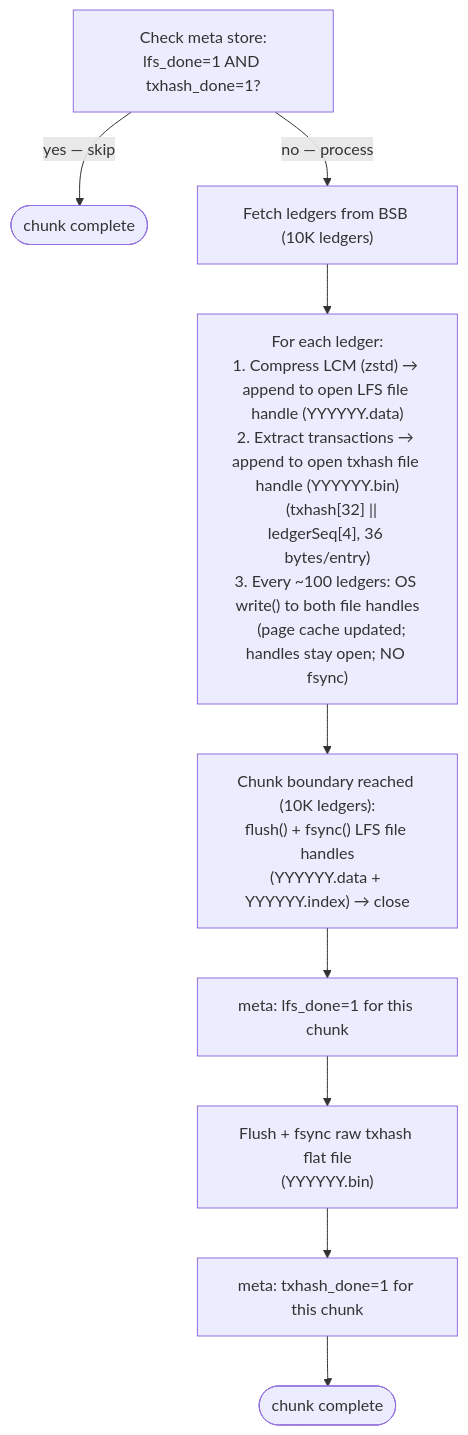
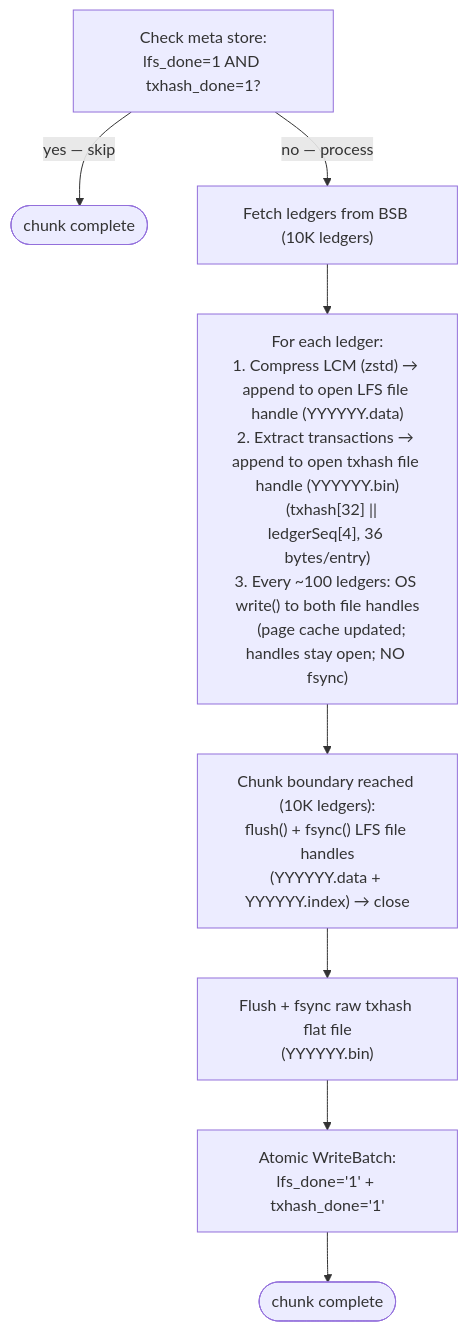
One commit to karthikiyer56/stellar-full-history-ingestion changed the second of 4 diagrams in design-docs-v2/03-backfill-workflow.md. Above: the diagram before and after it, drawn with Mermaid. The commit also changed other lines of this file and 8 other files, not shown here.

````diff
--- a/design-docs-v2/03-backfill-workflow.md
+++ b/design-docs-v2/03-backfill-workflow.md
@@ -57,12 +58,11 @@
 ```mermaid
 flowchart TD
     CHECK["Check meta store:<br/>lfs_done=1 AND txhash_done=1?"]
     CHECK -->|"yes — skip"| DONE(["chunk complete"])
     CHECK -->|"no — process"| FETCH["Fetch ledgers from BSB (10K ledgers)"]
     FETCH --> PROCESS["For each ledger:<br/>1. Compress LCM (zstd) → append to open LFS file handle (YYYYYY.data)<br/>2. Extract transactions → append to open txhash file handle (YYYYYY.bin)<br/>   (txhash[32] || ledgerSeq[4], 36 bytes/entry)<br/>3. Every ~100 ledgers: OS write() to both file handles<br/>   (page cache updated; handles stay open; NO fsync)"]
     PROCESS --> LFS_FLUSH["Chunk boundary reached (10K ledgers):<br/>flush() + fsync() LFS file handles<br/>(YYYYYY.data + YYYYYY.index) → close"]
-    LFS_FLUSH --> SET_LFS["meta: lfs_done=1 for this chunk"]
-    SET_LFS --> TXHASH_FLUSH["Flush + fsync raw txhash flat file<br/>(YYYYYY.bin)"]
-    TXHASH_FLUSH --> SET_TX["meta: txhash_done=1 for this chunk"]
-    SET_TX --> DONE2(["chunk complete"])
+    LFS_FLUSH --> TXHASH_FLUSH["Flush + fsync raw txhash flat file<br/>(YYYYYY.bin)"]
+    TXHASH_FLUSH --> SET_FLAGS["Atomic WriteBatch:<br/>lfs_done='1' + txhash_done='1'"]
+    SET_FLAGS --> DONE2(["chunk complete"])
 ```
````
